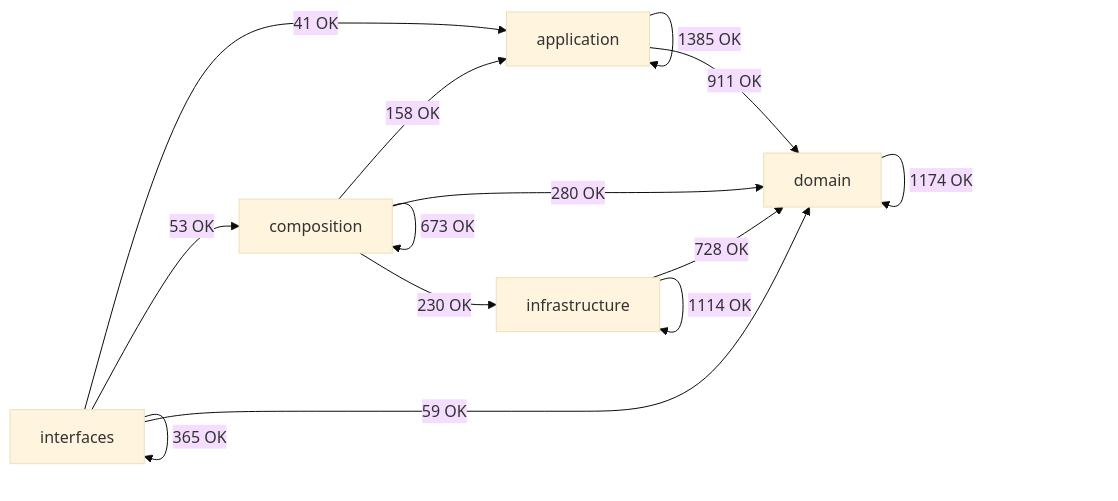
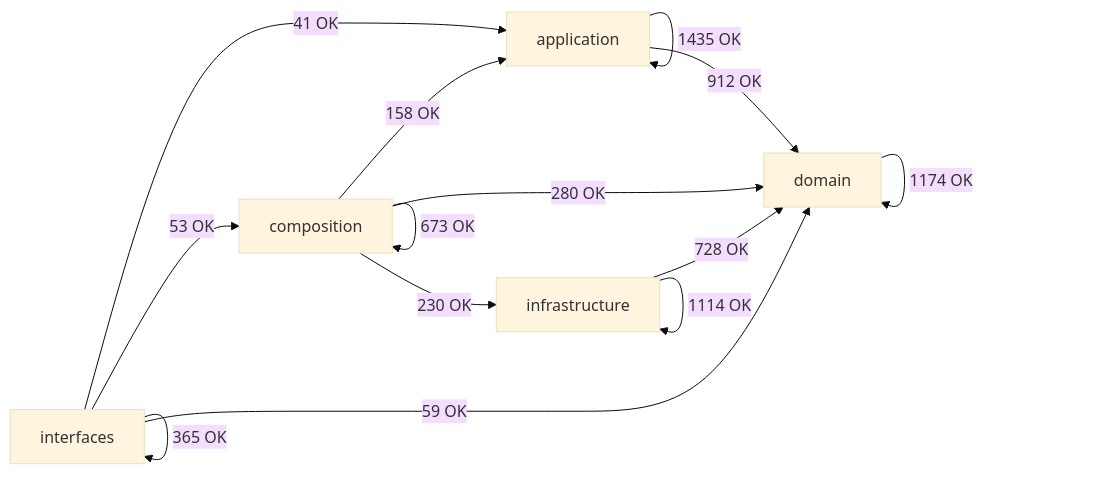
One commit to SatoryKono/BioactivityDataAcquisition changed the diagram in docs/02-architecture/generated/module-dependency-map.md. Above: the diagram before and after it, drawn with Mermaid (base theme). The commit also changed other lines of this file and 87 other files, not shown here.

````diff
--- a/docs/02-architecture/generated/module-dependency-map.md
+++ b/docs/02-architecture/generated/module-dependency-map.md
@@ -17,21 +17,21 @@
 ```mermaid
 flowchart LR
     domain[domain]
     application[application]
     infrastructure[infrastructure]
     composition[composition]
     interfaces[interfaces]
-    application -->|1385 OK| application
-    application -->|911 OK| domain
+    application -->|1435 OK| application
+    application -->|912 OK| domain
     composition -->|158 OK| application
     composition -->|673 OK| composition
     composition -->|280 OK| domain
     composition -->|230 OK| infrastructure
     domain -->|1174 OK| domain
     infrastructure -->|728 OK| domain
     infrastructure -->|1114 OK| infrastructure
     interfaces -->|41 OK| application
     interfaces -->|53 OK| composition
     interfaces -->|59 OK| domain
     interfaces -->|365 OK| interfaces
 ```
````
